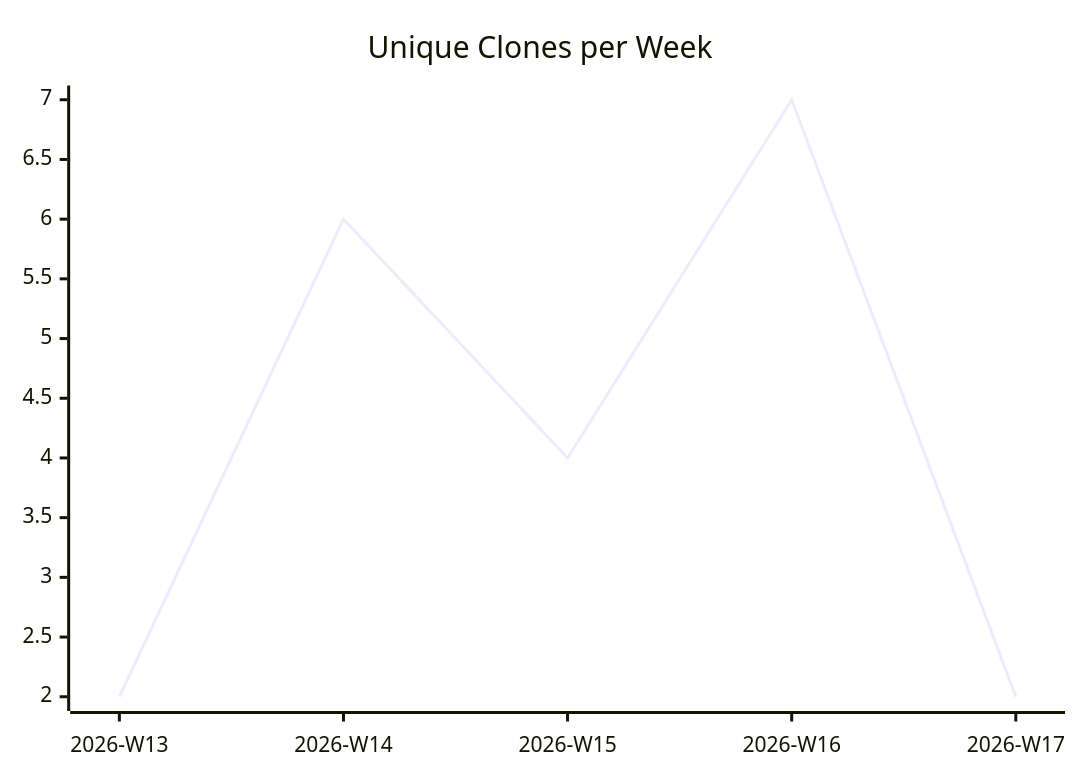
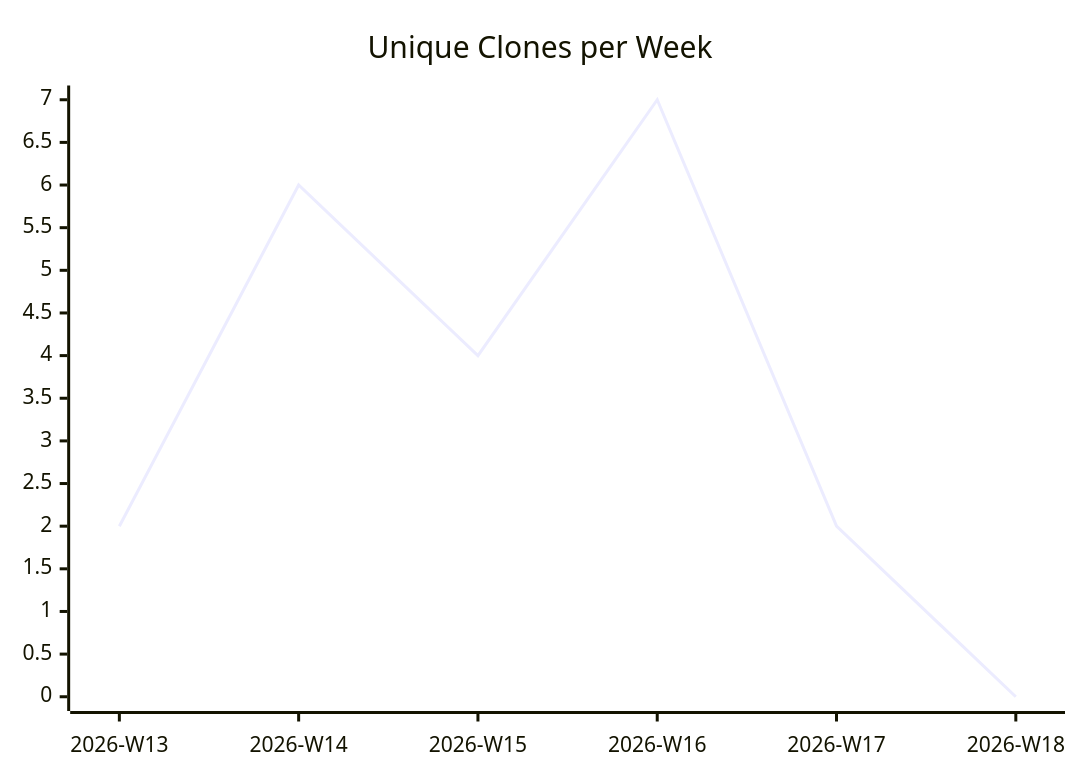
The third of 3 diagrams in karlmdavis/obsidian-operator/README.md (justdavis-family/github-analytics-data), drawn with Mermaid before and after one commit. The commit also changed other lines of this file and 184 other files, not shown here.

````diff
--- a/karlmdavis/obsidian-operator/README.md
+++ b/karlmdavis/obsidian-operator/README.md
@@ -19,6 +19,6 @@
 ```mermaid
 xychart-beta
   title "Unique Clones per Week"
-  x-axis ["2026-W13", "2026-W14", "2026-W15", "2026-W16", "2026-W17"]
-  line [2, 6, 4, 7, 2]
+  x-axis ["2026-W13", "2026-W14", "2026-W15", "2026-W16", "2026-W17", "2026-W18"]
+  line [2, 6, 4, 7, 2, 0]
 ```
````
